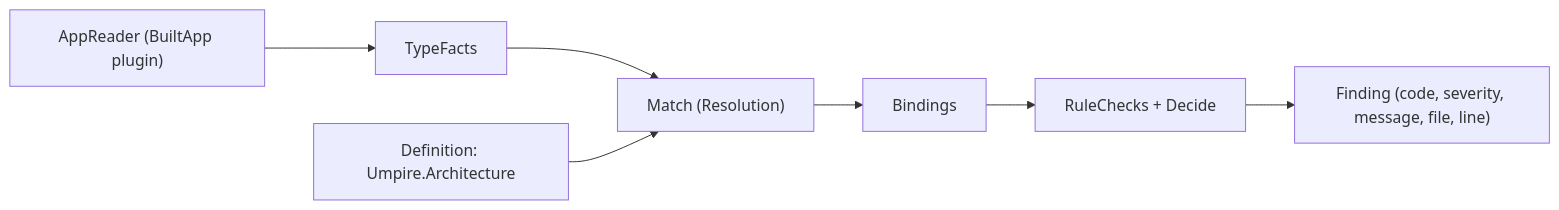
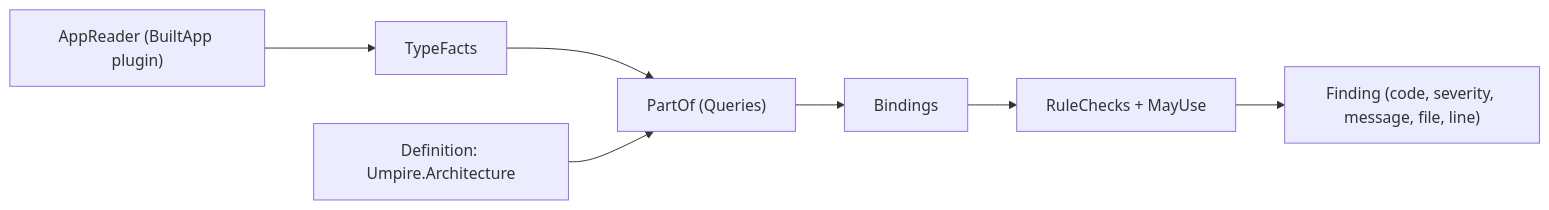
One commit to MgCohen/vsa-template changed the diagram in docs/architecture-engine.md. Above: the diagram before and after it, drawn with Mermaid. The commit also changed other lines of this file and 156 other files, not shown here.

````diff
--- a/docs/architecture-engine.md
+++ b/docs/architecture-engine.md
@@ -5,9 +5,9 @@
 ```mermaid
 flowchart LR
     L["AppReader (BuiltApp plugin)"] --> A["TypeFacts"]
-    A --> B["Match (Resolution)"]
+    A --> B["PartOf (Queries)"]
     D[Definition: Umpire.Architecture] --> B
     B --> S[Bindings]
-    S --> C["RuleChecks + Decide"]
+    S --> C["RuleChecks + MayUse"]
     C --> F["Finding (code, severity, message, file, line)"]
 ```
````
